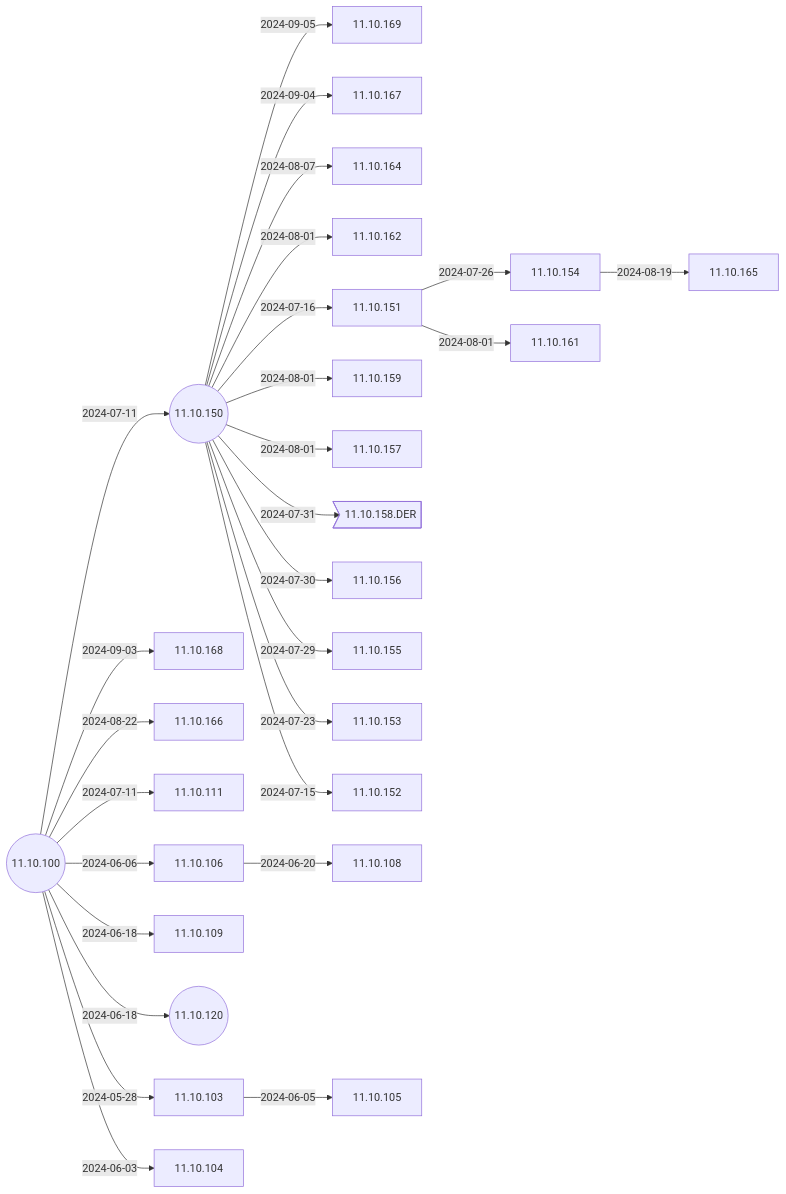
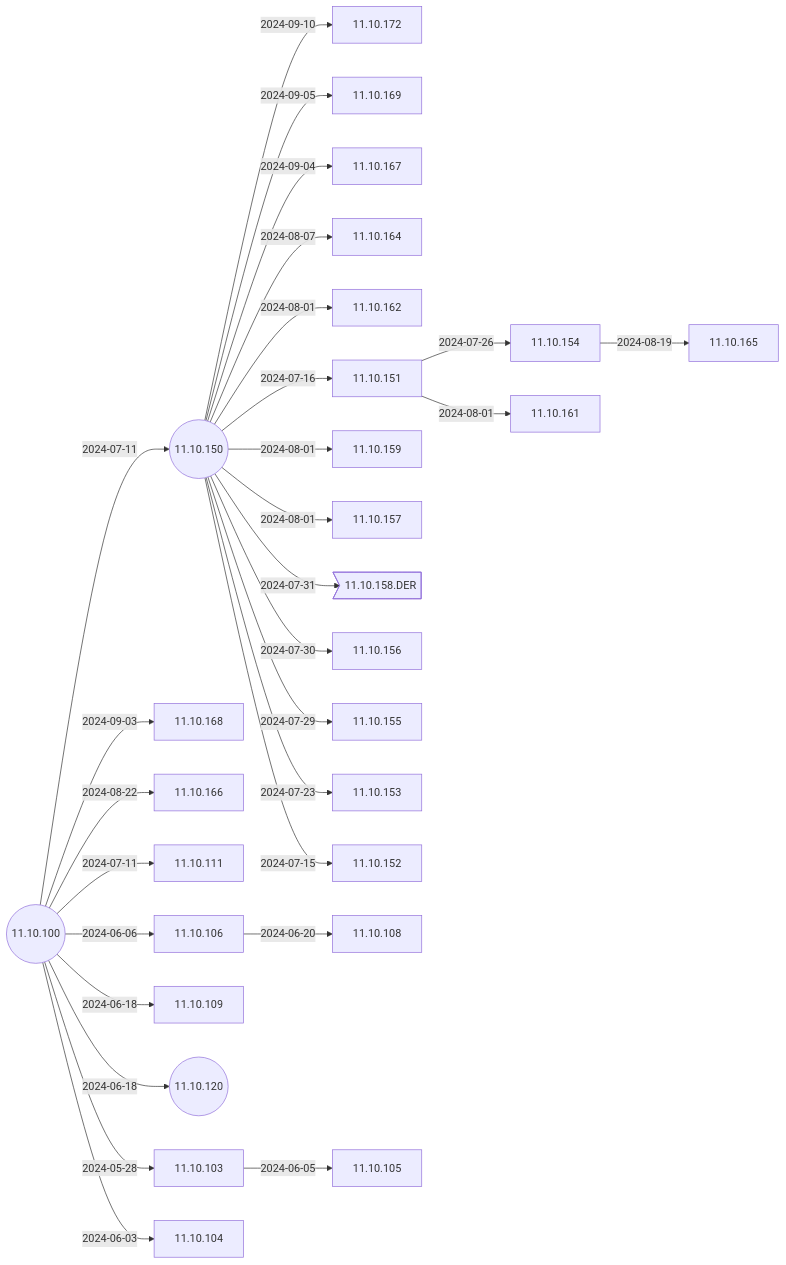
Before and after one commit to IGEL-Community/IGEL-Docs-v02: the second of 6 diagrams in docs/Docs/ReleaseNotes/01-OS11/README.md, drawn with Mermaid. The commit also changed 2 other files, not shown here.

Commit message:
11.10.172 < 11.10.150 11.10.172 < 11.10.150

````diff
--- a/docs/Docs/ReleaseNotes/01-OS11/README.md
+++ b/docs/Docs/ReleaseNotes/01-OS11/README.md
@@ -41,57 +41,59 @@
 ```mermaid
 flowchart LR
+    11.10.150-- 2024-09-10 -->11.10.172
     11.10.150-- 2024-09-05 -->11.10.169
     11.10.150-- 2024-09-04 -->11.10.167
     11.10.100-- 2024-09-03 -->11.10.168
     11.10.100-- 2024-08-22 -->11.10.166
     11.10.154-- 2024-08-19 -->11.10.165
     11.10.150-- 2024-08-07 -->11.10.164
     11.10.150-- 2024-08-01 -->11.10.162
     11.10.151-- 2024-08-01 -->11.10.161
     11.10.150-- 2024-08-01 -->11.10.159
     11.10.150-- 2024-08-01 -->11.10.157
     11.10.150-- 2024-07-31 -->11.10.158.DER>11.10.158.DER]
     11.10.150-- 2024-07-30 -->11.10.156
     11.10.150-- 2024-07-29 -->11.10.155
     11.10.151-- 2024-07-26 -->11.10.154
     11.10.150-- 2024-07-23 -->11.10.153
     11.10.150-- 2024-07-16 -->11.10.151
     11.10.150-- 2024-07-15 -->11.10.152
     11.10.100-- 2024-07-11 -->11.10.150((11.10.150))
     11.10.100-- 2024-07-11 -->11.10.111
     11.10.106-- 2024-06-20 -->11.10.108
     11.10.100-- 2024-06-18 -->11.10.109
     11.10.100-- 2024-06-18 -->11.10.120((11.10.120))
     11.10.100-- 2024-06-06 -->11.10.106
     11.10.103-- 2024-06-05 -->11.10.105
     11.10.100-- 2024-06-03 -->11.10.104
     11.10.100-- 2024-05-28 -->11.10.103
     11.10.100((11.10.100))
+    click 11.10.172 "https://github.com/IGEL-Community/IGEL-Docs-v02/tree/main/docs/Docs/ReleaseNotes/01-OS11/readme11.10.172.txt" _blank
     click 11.10.169 "https://github.com/IGEL-Community/IGEL-Docs-v02/tree/main/docs/Docs/ReleaseNotes/01-OS11/readme11.10.169.txt" _blank
     click 11.10.167 "https://github.com/IGEL-Community/IGEL-Docs-v02/tree/main/docs/Docs/ReleaseNotes/01-OS11/readme11.10.167.txt" _blank
     click 11.10.168 "https://github.com/IGEL-Community/IGEL-Docs-v02/tree/main/docs/Docs/ReleaseNotes/01-OS11/readme11.10.168.txt" _blank
     click 11.10.166 "https://github.com/IGEL-Community/IGEL-Docs-v02/tree/main/docs/Docs/ReleaseNotes/01-OS11/readme11.10.166.txt" _blank
     click 11.10.165 "https://github.com/IGEL-Community/IGEL-Docs-v02/tree/main/docs/Docs/ReleaseNotes/01-OS11/readme11.10.165.txt" _blank
     click 11.10.164 "https://github.com/IGEL-Community/IGEL-Docs-v02/tree/main/docs/Docs/ReleaseNotes/01-OS11/readme11.10.164.txt" _blank
     click 11.10.162 "https://github.com/IGEL-Community/IGEL-Docs-v02/tree/main/docs/Docs/ReleaseNotes/01-OS11/readme11.10.162.txt" _blank
     click 11.10.161 "https://github.com/IGEL-Community/IGEL-Docs-v02/tree/main/docs/Docs/ReleaseNotes/01-OS11/readme11.10.161.txt" _blank
     click 11.10.159 "https://github.com/IGEL-Community/IGEL-Docs-v02/tree/main/docs/Docs/ReleaseNotes/01-OS11/readme11.10.159.txt" _blank
     click 11.10.157 "https://github.com/IGEL-Community/IGEL-Docs-v02/tree/main/docs/Docs/ReleaseNotes/01-OS11/readme11.10.157.txt" _blank
     click 11.10.158.DER "https://github.com/IGEL-Community/IGEL-Docs-v02/tree/main/docs/Docs/ReleaseNotes/01-OS11/readme11.10.158.DER.txt" _blank
     click 11.10.156 "https://github.com/IGEL-Community/IGEL-Docs-v02/tree/main/docs/Docs/ReleaseNotes/01-OS11/readme11.10.156.txt" _blank
     click 11.10.155 "https://github.com/IGEL-Community/IGEL-Docs-v02/tree/main/docs/Docs/ReleaseNotes/01-OS11/readme11.10.155.txt" _blank
     click 11.10.154 "https://github.com/IGEL-Community/IGEL-Docs-v02/tree/main/docs/Docs/ReleaseNotes/01-OS11/readme11.10.154.txt" _blank
     click 11.10.153 "https://github.com/IGEL-Community/IGEL-Docs-v02/tree/main/docs/Docs/ReleaseNotes/01-OS11/readme11.10.153.txt" _blank
     click 11.10.151 "https://github.com/IGEL-Community/IGEL-Docs-v02/tree/main/docs/Docs/ReleaseNotes/01-OS11/readme11.10.151.txt" _blank
     click 11.10.152 "https://github.com/IGEL-Community/IGEL-Docs-v02/tree/main/docs/Docs/ReleaseNotes/01-OS11/readme11.10.152.txt" _blank
     click 11.10.111 "https://github.com/IGEL-Community/IGEL-Docs-v02/tree/main/docs/Docs/ReleaseNotes/01-OS11/readme11.10.111.txt" _blank
     click 11.10.150 "https://github.com/IGEL-Community/IGEL-Docs-v02/tree/main/docs/Docs/ReleaseNotes/01-OS11/readme11.10.150.txt" _blank
     click 11.10.108 "https://github.com/IGEL-Community/IGEL-Docs-v02/tree/main/docs/Docs/ReleaseNotes/01-OS11/readme11.10.108.txt" _blank
     click 11.10.109 "https://github.com/IGEL-Community/IGEL-Docs-v02/tree/main/docs/Docs/ReleaseNotes/01-OS11/readme11.10.109.txt" _blank
     click 11.10.120 "https://github.com/IGEL-Community/IGEL-Docs-v02/tree/main/docs/Docs/ReleaseNotes/01-OS11/readme11.10.120.txt" _blank
     click 11.10.106 "https://github.com/IGEL-Community/IGEL-Docs-v02/tree/main/docs/Docs/ReleaseNotes/01-OS11/readme11.10.106.txt" _blank
     click 11.10.105 "https://github.com/IGEL-Community/IGEL-Docs-v02/tree/main/docs/Docs/ReleaseNotes/01-OS11/readme11.10.105.txt" _blank
     click 11.10.104 "https://github.com/IGEL-Community/IGEL-Docs-v02/tree/main/docs/Docs/ReleaseNotes/01-OS11/readme11.10.104.txt" _blank
     click 11.10.103 "https://github.com/IGEL-Community/IGEL-Docs-v02/tree/main/docs/Docs/ReleaseNotes/01-OS11/readme11.10.103.txt" _blank
     click 11.10.100 "https://github.com/IGEL-Community/IGEL-Docs-v02/tree/main/docs/Docs/ReleaseNotes/01-OS11/readme11.10.100.txt" _blank
 ```
````
